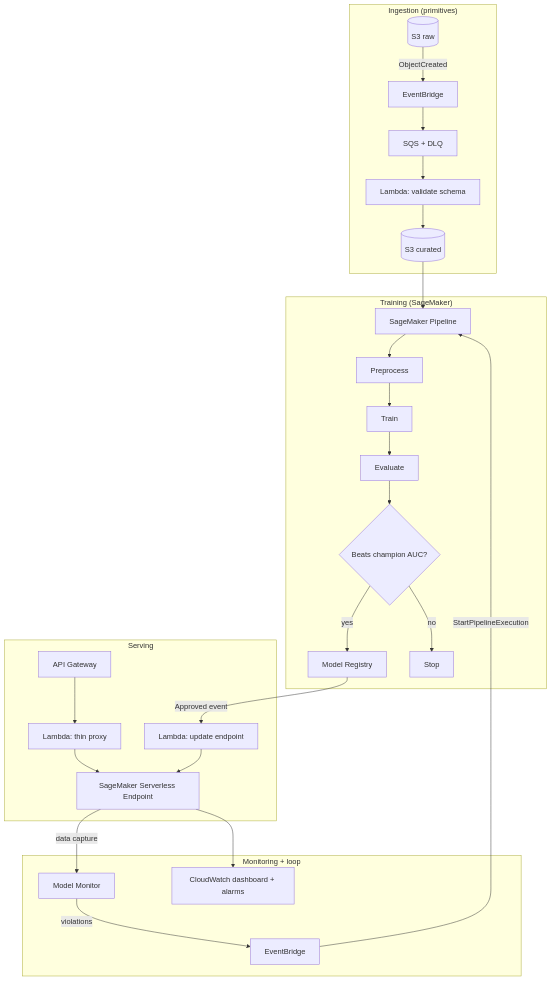
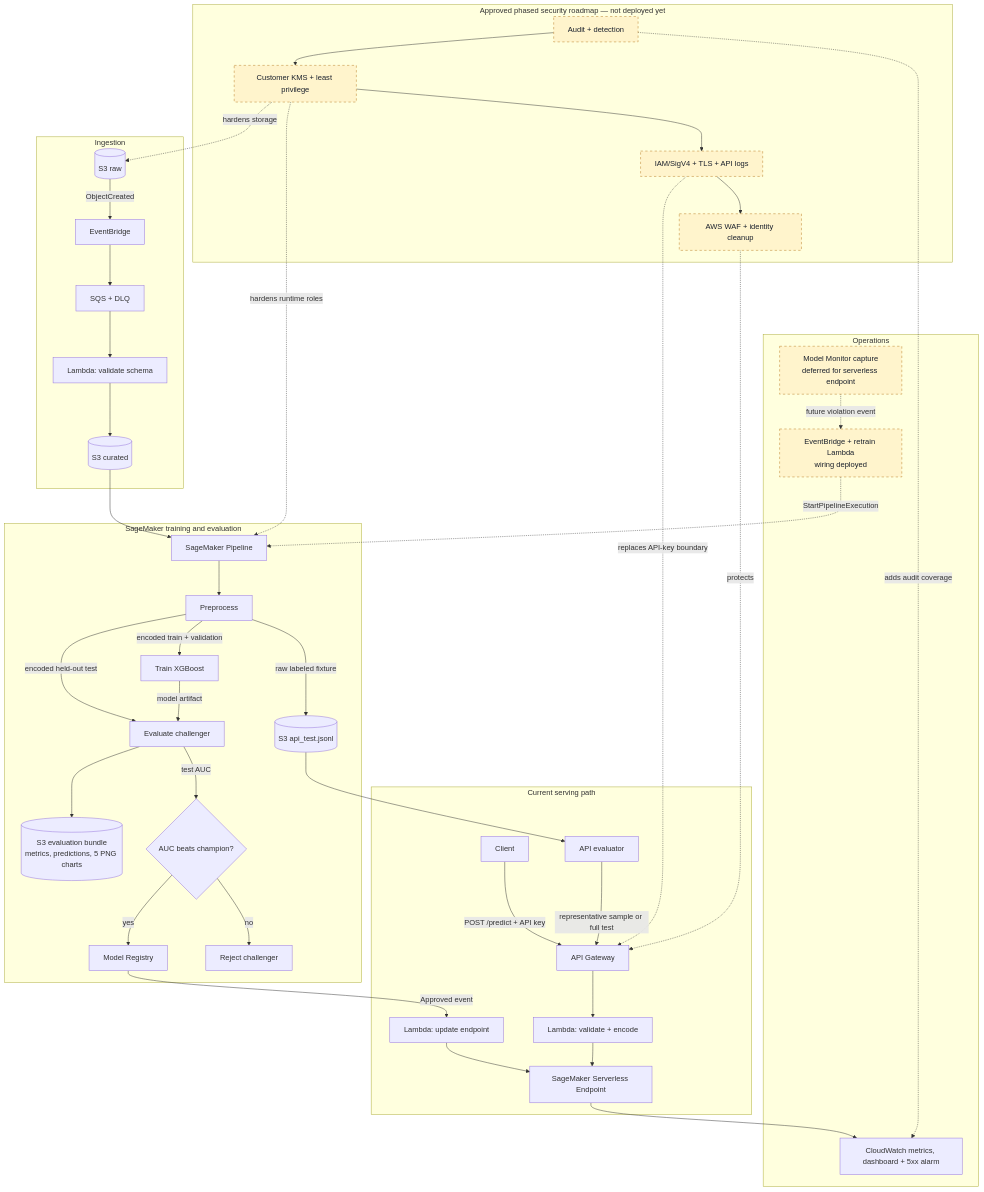
The diagram in README.md (emanuelGitCodes/aws-mlops-platform), drawn with Mermaid before and after one commit. The commit also changed other lines of this file, not shown here.

Commit message:
Enhance README to clarify MLOps platform architecture and operational loop. Update descriptions for ingestion, training, serving, and operations. Document current capabilities and future plans for security and monitoring. Improve clarity on API evaluation and model retraining processes.

````diff
--- a/README.md
+++ b/README.md
@@ -9,29 +9,54 @@
 ```mermaid
 flowchart TB
-    subgraph Ingest["Ingestion (primitives)"]
+    subgraph Ingest["Ingestion"]
         RAW[(S3 raw)] -->|ObjectCreated| EB1[EventBridge]
         EB1 --> Q[SQS + DLQ]
         Q --> LV[Lambda: validate schema]
         LV --> CUR[(S3 curated)]
     end
 
-    subgraph Train["Training (SageMaker)"]
+    subgraph Train["SageMaker training and evaluation"]
         CUR --> PIPE[SageMaker Pipeline]
-        PIPE --> PRE[Preprocess] --> TR[Train] --> EV[Evaluate]
-        EV --> GATE{Beats champion AUC?}
+        PIPE --> PRE[Preprocess]
+        PRE -->|encoded train + validation| TR[Train XGBoost]
+        PRE -->|encoded held-out test| EV[Evaluate challenger]
+        TR -->|model artifact| EV
+        PRE -->|raw labeled fixture| FIX[(S3 api_test.jsonl)]
+        EV --> REPORTS[(S3 evaluation bundle<br/>metrics, predictions, 5 PNG charts)]
+        EV -->|test AUC| GATE{AUC beats champion?}
         GATE -->|yes| REG[Model Registry]
-        GATE -->|no| STOP[Stop]
+        GATE -->|no| STOP[Reject challenger]
     end
 
-    subgraph Serve["Serving"]
+    subgraph Serve["Current serving path"]
         REG -->|Approved event| DEP[Lambda: update endpoint]
         DEP --> EP[SageMaker Serverless Endpoint]
-        APIGW[API Gateway] --> LI[Lambda: thin proxy] --> EP
+        CLIENT[Client] -->|POST /predict + API key| APIGW[API Gateway]
+        APIGW --> LI[Lambda: validate + encode]
+        LI --> EP
+        FIX --> CHECK[API evaluator]
+        CHECK -->|representative sample or full test| APIGW
     end
 
-    subgraph Ops["Monitoring + loop"]
-        EP -->|data capture| MM[Model Monitor]
-        MM -->|violations| EB2[EventBridge] -->|StartPipelineExecution| PIPE
-        EP --> CW[CloudWatch dashboard + alarms]
+    subgraph Ops["Operations"]
+        EP --> CW[CloudWatch metrics, dashboard + 5xx alarm]
+        MM[Model Monitor capture<br/>deferred for serverless endpoint]
+        MM -. future violation event .-> RETRAIN[EventBridge + retrain Lambda<br/>wiring deployed]
+        RETRAIN -. StartPipelineExecution .-> PIPE
     end
+
+    subgraph Security["Approved phased security roadmap — not deployed yet"]
+        S1[Audit + detection] --> S2[Customer KMS + least privilege]
+        S2 --> S3[IAM/SigV4 + TLS + API logs]
+        S3 --> S4[AWS WAF + identity cleanup]
+    end
+
+    S1 -. adds audit coverage .-> CW
+    S2 -. hardens storage .-> RAW
+    S2 -. hardens runtime roles .-> PIPE
+    S3 -. replaces API-key boundary .-> APIGW
+    S4 -. protects .-> APIGW
+
+    classDef planned fill:#fff4cc,stroke:#b7791f,stroke-dasharray:5 5,color:#1a202c
+    class MM,RETRAIN,S1,S2,S3,S4 planned
 ```
````
